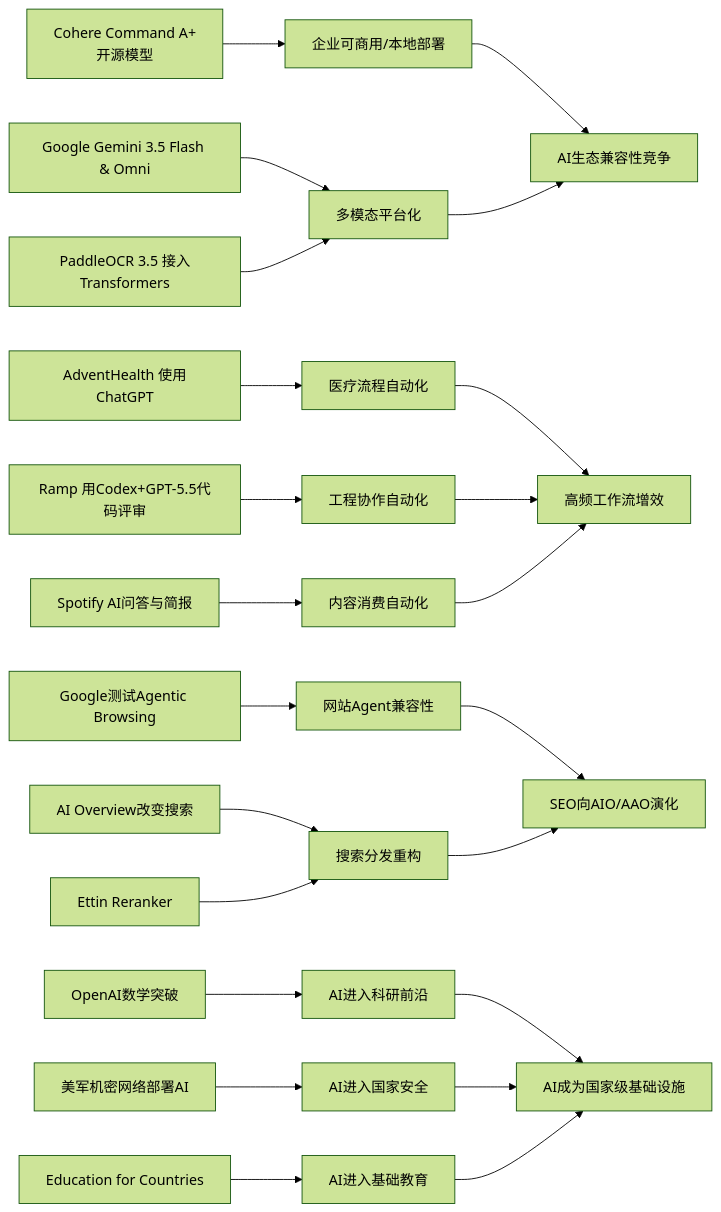
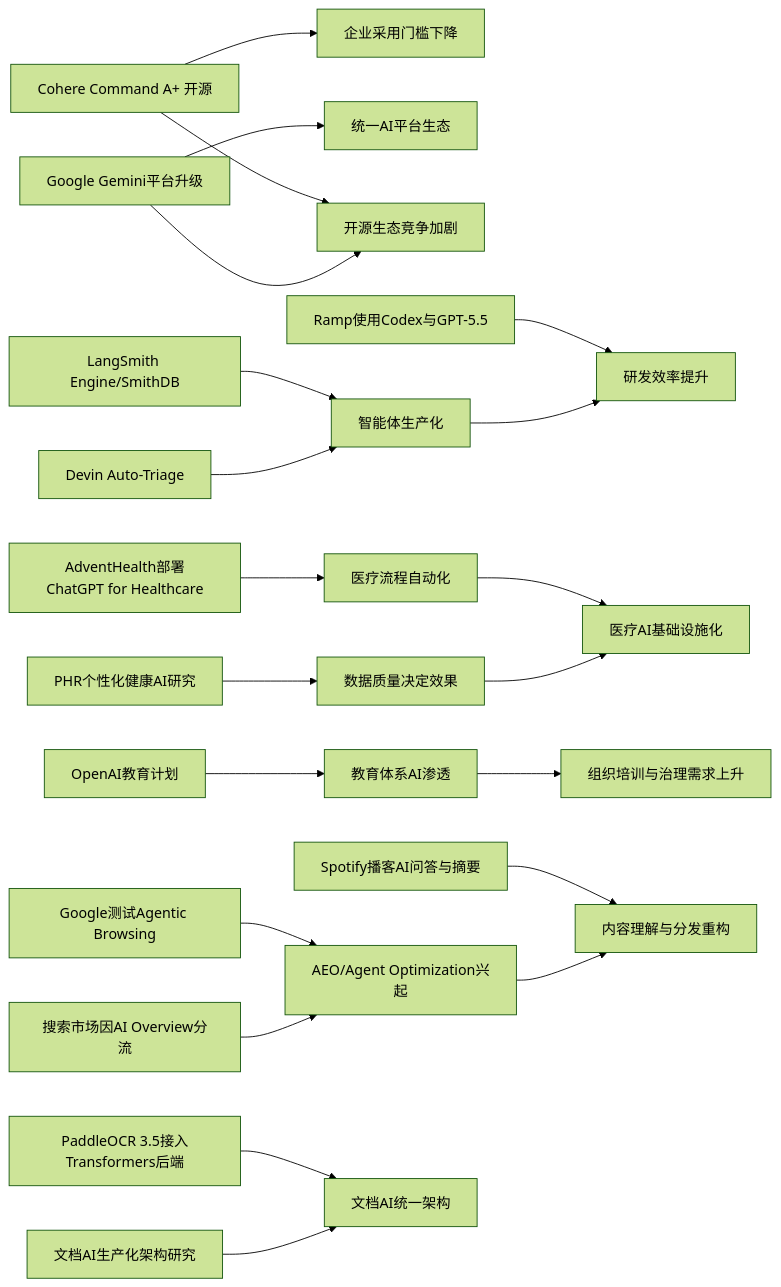
The diagram in content/cn/2026/2026-05/2026-05-21.md (zhuxinfei/ai-daily-site), drawn with Mermaid (forest theme) before and after one commit. The commit also changed other lines of this file, not shown here.

````diff
--- a/content/cn/2026/2026-05/2026-05-21.md
+++ b/content/cn/2026/2026-05/2026-05-21.md
@@ -110,28 +110,28 @@
 ```mermaid
 graph LR
-    A[Cohere Command A+<br/>开源模型] --> B[企业可商用/本地部署]
-    C[Google Gemini 3.5 Flash & Omni] --> D[多模态平台化]
-    E[PaddleOCR 3.5 接入Transformers] --> D
-    B --> F[AI生态兼容性竞争]
-    D --> F
+    A[Cohere Command A+ 开源] --> B[企业采用门槛下降]
+    C[Google Gemini平台升级] --> D[统一AI平台生态]
+    A --> E[开源生态竞争加剧]
+    C --> E
 
-    G[AdventHealth 使用ChatGPT] --> H[医疗流程自动化]
-    I[Ramp 用Codex+GPT-5.5代码评审] --> J[工程协作自动化]
-    K[Spotify AI问答与简报] --> L[内容消费自动化]
-    H --> M[高频工作流增效]
-    J --> M
-    L --> M
+    F[LangSmith Engine/SmithDB] --> G[智能体生产化]
+    H[Devin Auto-Triage] --> G
+    I[Ramp使用Codex与GPT-5.5] --> J[研发效率提升]
+    G --> J
 
-    N[Google测试Agentic Browsing] --> O[网站Agent兼容性]
-    P[AI Overview改变搜索] --> Q[搜索分发重构]
-    R[Ettin Reranker] --> Q
-    O --> S[SEO向AIO/AAO演化]
-    Q --> S
+    K[AdventHealth部署ChatGPT for Healthcare] --> L[医疗流程自动化]
+    M[PHR个性化健康AI研究] --> N[数据质量决定效果]
+    L --> O[医疗AI基础设施化]
+    N --> O
 
-    T[OpenAI数学突破] --> U[AI进入科研前沿]
-    V[美军机密网络部署AI] --> W[AI进入国家安全]
-    X[Education for Countries] --> Y[AI进入基础教育]
-    U --> Z[AI成为国家级基础设施]
-    W --> Z
-    Y --> Z
+    P[OpenAI教育计划] --> Q[教育体系AI渗透]
+    Q --> R[组织培训与治理需求上升]
+
+    S[Google测试Agentic Browsing] --> T[AEO/Agent Optimization兴起]
+    U[搜索市场因AI Overview分流] --> T
+    V[Spotify播客AI问答与摘要] --> W[内容理解与分发重构]
+    T --> W
+
+    X[PaddleOCR 3.5接入Transformers后端] --> Y[文档AI统一架构]
+    Z[文档AI生产化架构研究] --> Y
 ```
````
